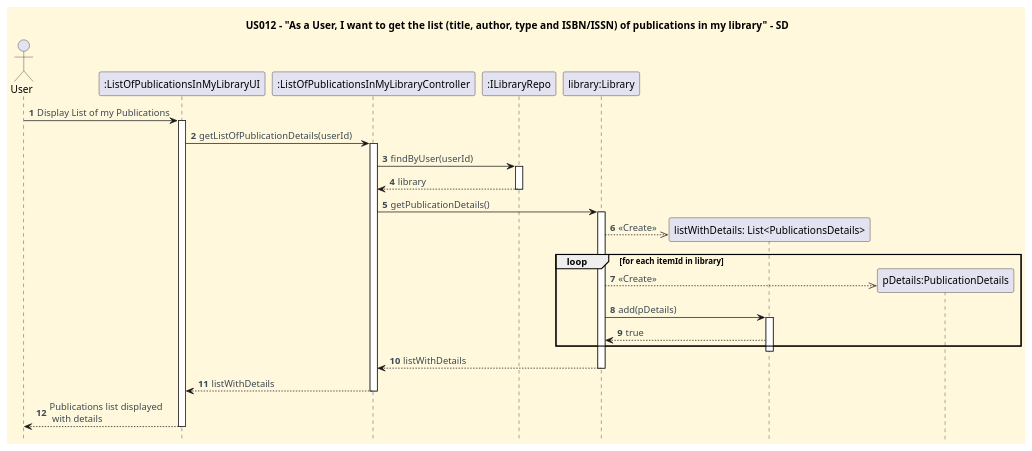
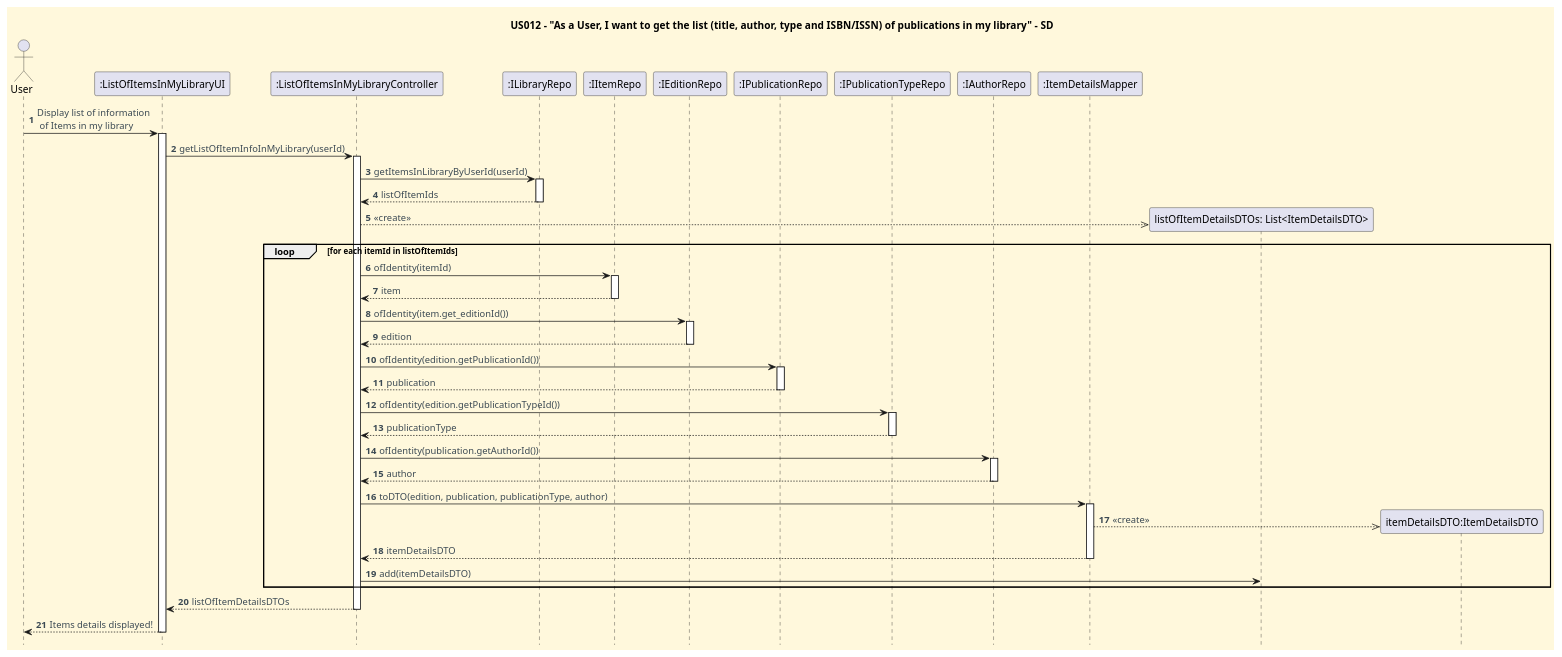
The diagram in docs/user-stories/US012/US012_get_list_of_publications_in_my_library_SD.puml (CarolinaLeite-collab/JavaMarketplacePlatform), drawn with PlantUML before and after one commit. The commit also changed 7 other files, not shown here.

```diff
--- a/docs/user-stories/US012/US012_get_list_of_publications_in_my_library_SD.puml
+++ b/docs/user-stories/US012/US012_get_list_of_publications_in_my_library_SD.puml
@@ -1,82 +1,100 @@
 @startuml
 '==== basic style ====
 
 'hides unwanted text
 hide stereotype
 
 skinparam monochrome false
 skinparam shadowing false
 skinparam defaultFontName Futura
 skinparam objectFontSize 20
 skinparam backgroundColor CornSilk
 skinparam objectBackgroundColor WhiteSmoke
 skinparam noteBackgroundColor #FFFFE0
 skinparam ArrowFontColor #3B4953
 skinparam ActivationBackgroundColor black
 hidefootbox
 
 'undefined objects
 skinparam object {
   BackgroundColor<<highlight>> 91C6BCAA
   BorderColor<<highlight>> 4B9DA9AA
   FontColor<<highlight>> 547792AA
 }
 skinparam shadowing<<highlight>> false
 
 autonumber
 
 title US012 - "As a User, I want to get the list (title, author, type and ISBN/ISSN) of publications in my library" - SD
 
 
 ' --- Actor and participants ---'
 
 actor User
-participant ":ListOfPublicationsInMyLibraryUI" as UI
-participant ":ListOfPublicationsInMyLibraryController" as Ctl
+participant ":ListOfItemsInMyLibraryUI" as UI
+participant ":ListOfItemsInMyLibraryController" as Ctl
 participant ":ILibraryRepo" as LibRepo
-participant "library:Library" as Lib
+participant ":IItemRepo" as ItRepo
+participant ":IEditionRepo" as EdRepo
+participant ":IPublicationRepo" as PubRepo
+participant ":IPublicationTypeRepo" as PTRepo
+participant ":IAuthorRepo" as AutRepo
+participant ":ItemDetailsMapper" as Mapper
 
 
-
-User -> UI: Display List of my Publications
+User -> UI: Display list of information\n of Items in my library
 activate UI
 
-UI -> Ctl: getListOfPublicationDetails(userId)
+UI -> Ctl: getListOfItemInfoInMyLibrary(userId)
 activate Ctl
 
-Ctl -> LibRepo: findByUser(userId)
+Ctl -> LibRepo: getItemsInLibraryByUserId(userId)
 activate LibRepo
-LibRepo --> Ctl: library
+LibRepo --> Ctl: listOfItemIds
 deactivate LibRepo
+create "listOfItemDetailsDTOs: List<ItemDetailsDTO>" as listOfDTO
+Ctl -->> listOfDTO: <<create>>
 
-Ctl -> Lib: getPublicationDetails()
+loop for each itemId in listOfItemIds
 
-create "listWithDetails: List<PublicationsDetails>" as listOfPubs
-activate Lib
-Lib -->> listOfPubs: <<Create>>
+Ctl -> ItRepo: ofIdentity(itemId)
+activate ItRepo
+ItRepo --> Ctl : item
+deactivate ItRepo
+Ctl -> EdRepo : ofIdentity(item.get_editionId())
+activate EdRepo
+EdRepo --> Ctl : edition
+deactivate EdRepo
+Ctl -> PubRepo : ofIdentity(edition.getPublicationId())
+activate PubRepo
+PubRepo --> Ctl : publication
+deactivate PubRepo
+Ctl -> PTRepo : ofIdentity(edition.getPublicationTypeId())
+activate PTRepo
+PTRepo --> Ctl : publicationType
+deactivate PTRepo
+Ctl -> AutRepo : ofIdentity(publication.getAuthorId())
+activate AutRepo
+AutRepo --> Ctl : author
+deactivate AutRepo
 
+Ctl -> Mapper : toDTO(edition, publication, publicationType, author)
+activate Mapper
+create "itemDetailsDTO:ItemDetailsDTO" as DTO
+Mapper -->> DTO : <<create>>
+Mapper --> Ctl : itemDetailsDTO
+deactivate Mapper
 
+Ctl -> listOfDTO : add(itemDetailsDTO)
 
-loop for each itemId in library
-
-create "pDetails:PublicationDetails" as list
-    Lib -->> list: <<Create>>
-
-    Lib -> listOfPubs: add(pDetails)
-activate listOfPubs
-listOfPubs --> Lib :true
 end
 
-deactivate listOfPubs
-Lib --> Ctl: listWithDetails
-deactivate Lib
-
-Ctl --> UI: listWithDetails
+Ctl --> UI: listOfItemDetailsDTOs
 deactivate Ctl
 
-UI --> User: Publications list displayed\n with details
+UI --> User: Items details displayed!
 deactivate UI
 
 
 
 @enduml
```
